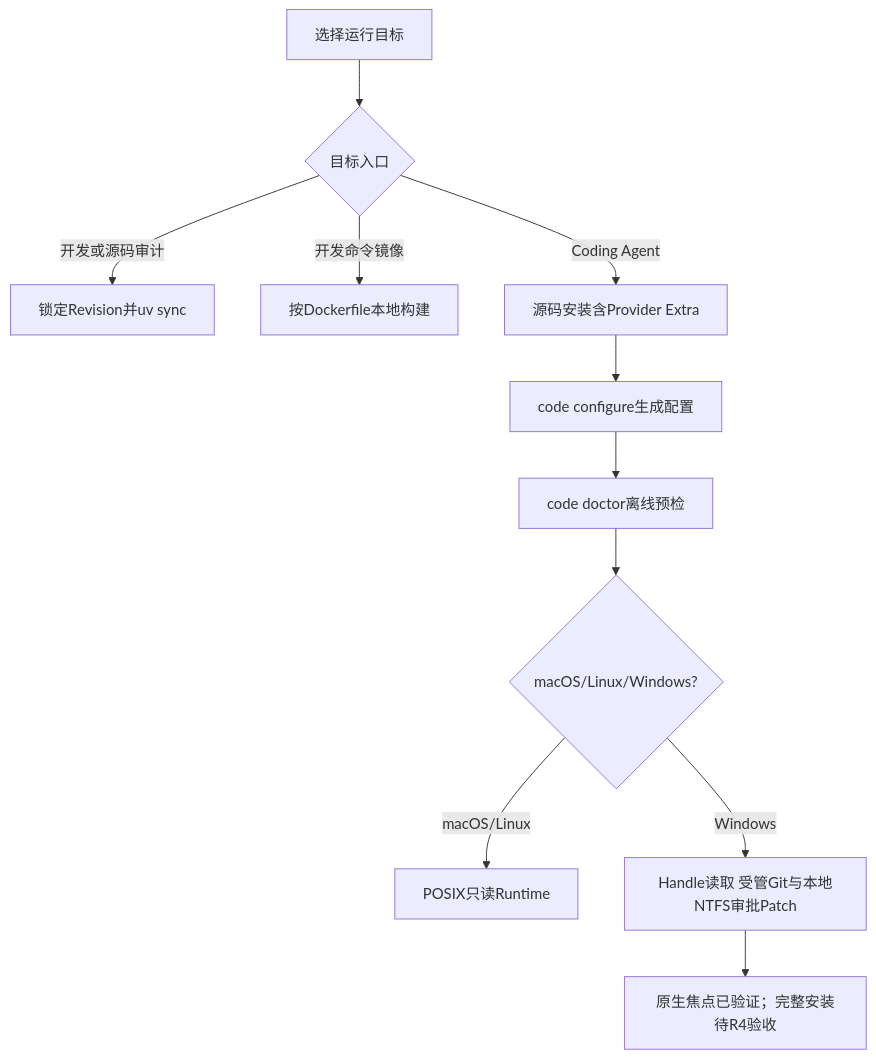
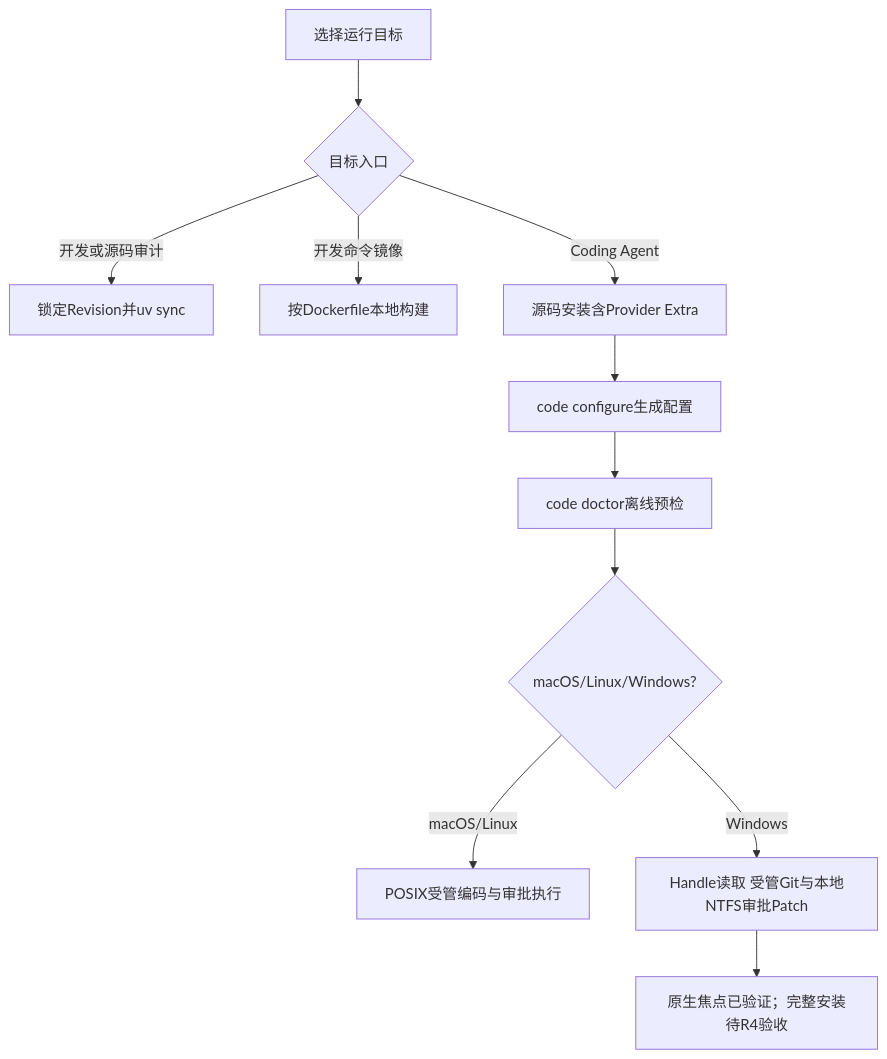
The diagram in docs/operations/installation.md (carrie1988/Harnessix), drawn with Mermaid before and after one commit. The commit also changed other lines of this file and 80 other files, not shown here.

````diff
--- a/docs/operations/installation.md
+++ b/docs/operations/installation.md
@@ -60,13 +60,13 @@
 ```mermaid
 flowchart TD
     Start[选择运行目标] --> Product{目标入口}
     Product -- 开发或源码审计 --> Source[锁定Revision并uv sync]
     Product -- 开发命令镜像 --> Image[按Dockerfile本地构建]
     Product -- Coding Agent --> Agent[源码安装含Provider Extra]
     Agent --> Configure[code configure生成配置]
     Configure --> Diagnose[code doctor离线预检]
     Diagnose --> Platform{macOS/Linux/Windows?}
-    Platform -- macOS/Linux --> Posix[POSIX只读Runtime]
+    Platform -- macOS/Linux --> Posix[POSIX受管编码与审批执行]
     Platform -- Windows --> Win[Handle读取 受管Git与本地NTFS审批Patch]
     Win --> GitGate[原生焦点已验证；完整安装待R4验收]
 ```
````
